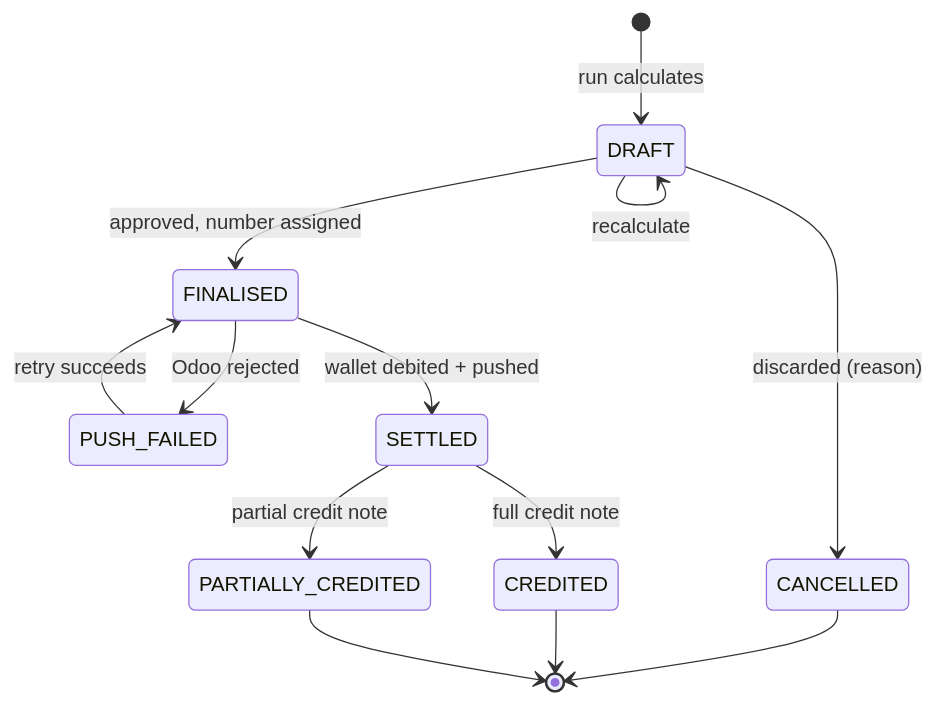
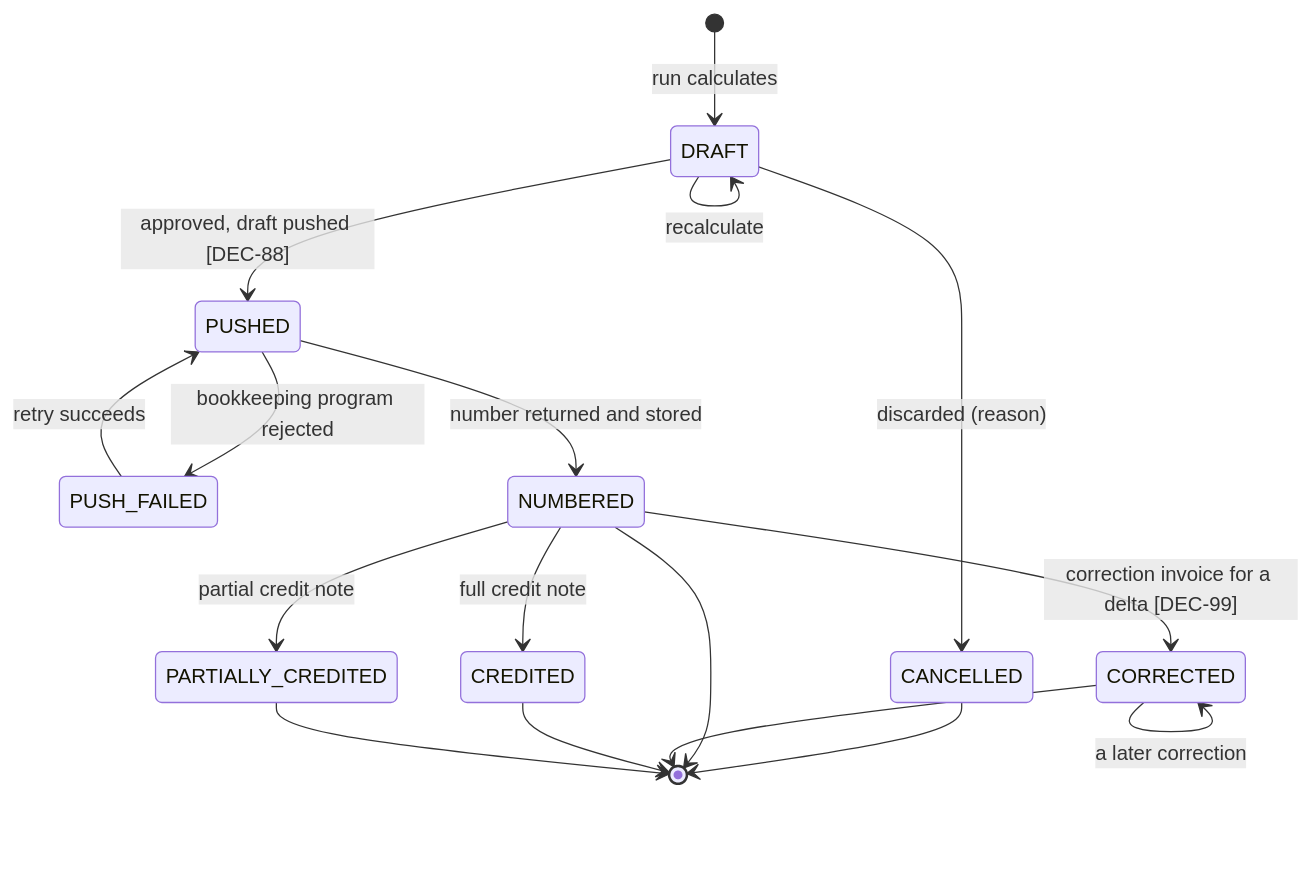
The second of 2 diagrams in specs/10-features/F10-invoicing-and-settlement.md (lukastosic-ifd/peakpowerspecs), drawn with Mermaid before and after one commit. The commit also changed other lines of this file and 66 other files, not shown here.

````diff
--- a/specs/10-features/F10-invoicing-and-settlement.md
+++ b/specs/10-features/F10-invoicing-and-settlement.md
@@ -265,15 +492,19 @@
 ```mermaid
 stateDiagram-v2
     [*] --> DRAFT: run calculates
     DRAFT --> DRAFT: recalculate
     DRAFT --> CANCELLED: discarded (reason)
-    DRAFT --> FINALISED: approved, number assigned
-    FINALISED --> PUSH_FAILED: Odoo rejected
-    PUSH_FAILED --> FINALISED: retry succeeds
-    FINALISED --> SETTLED: wallet debited + pushed
-    SETTLED --> PARTIALLY_CREDITED: partial credit note
-    SETTLED --> CREDITED: full credit note
+    DRAFT --> PUSHED: approved, draft pushed [DEC-88]
+    PUSHED --> PUSH_FAILED: bookkeeping program rejected
+    PUSH_FAILED --> PUSHED: retry succeeds
+    PUSHED --> NUMBERED: number returned and stored
+    NUMBERED --> CORRECTED: correction invoice for a delta [DEC-99]
+    CORRECTED --> CORRECTED: a later correction
+    NUMBERED --> PARTIALLY_CREDITED: partial credit note
+    NUMBERED --> CREDITED: full credit note
     CANCELLED --> [*]
+    NUMBERED --> [*]
+    CORRECTED --> [*]
     CREDITED --> [*]
     PARTIALLY_CREDITED --> [*]
 ```
````
